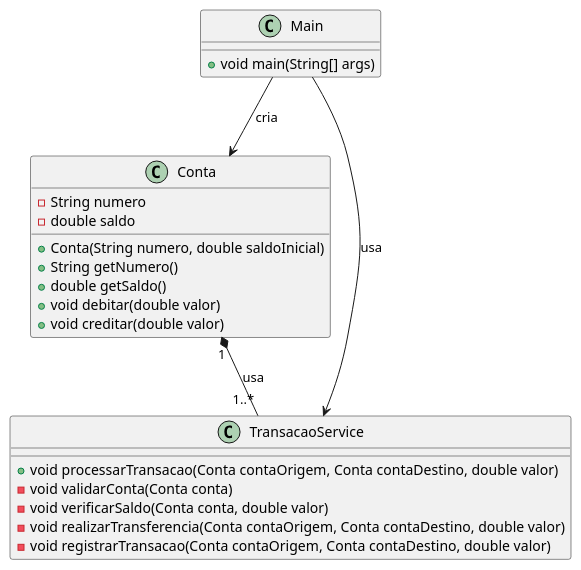
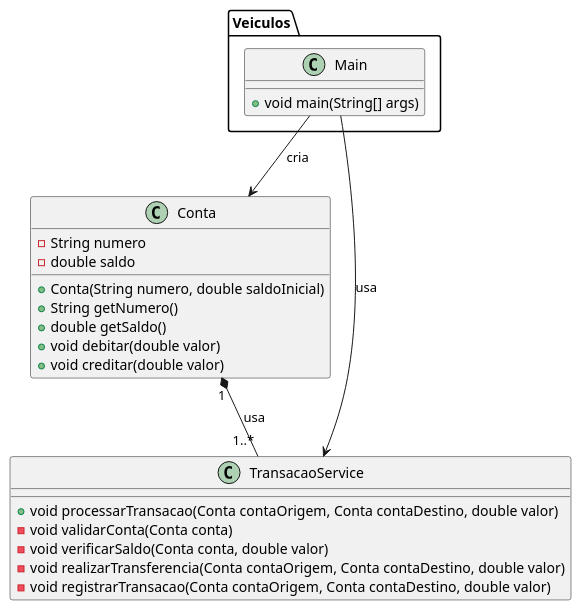
One commit to MMarcooss/bpk-es-ads-poo-java2024 changed the diagram in Aula 05/Associações de Classes/associationProject/src/cadastroPessoa/Teste.puml. Above: the diagram before and after it, drawn with PlantUML. The commit also changed 94 other files, not shown here.

```diff
--- a/Aula 05/Associações de Classes/associationProject/src/cadastroPessoa/Teste.puml
+++ b/Aula 05/Associações de Classes/associationProject/src/cadastroPessoa/Teste.puml
@@ -1,34 +1,34 @@
 @startuml
 'https://plantuml.com/class-diagram
 
 class Conta {
     -String numero
     -double saldo
     +Conta(String numero, double saldoInicial)
     +String getNumero()
     +double getSaldo()
     +void debitar(double valor)
     +void creditar(double valor)
 }
 
 class TransacaoService {
     +void processarTransacao(Conta contaOrigem, Conta contaDestino, double valor)
     -void validarConta(Conta conta)
     -void verificarSaldo(Conta conta, double valor)
     -void realizarTransferencia(Conta contaOrigem, Conta contaDestino, double valor)
     -void registrarTransacao(Conta contaOrigem, Conta contaDestino, double valor)
 }
 
 Conta "1" *-- "1..*" TransacaoService : usa
 
-class Main {
+class Veiculos.Main {
     +void main(String[] args)
 }
 
-Main --> Conta : cria
-Main --> TransacaoService : usa
+Veiculos.Main --> Conta : cria
+Veiculos.Main --> TransacaoService : usa
 
 
 
 
 @enduml
```
